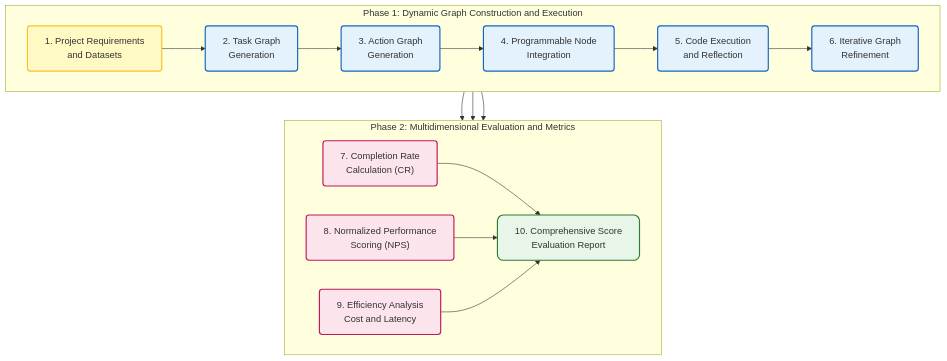
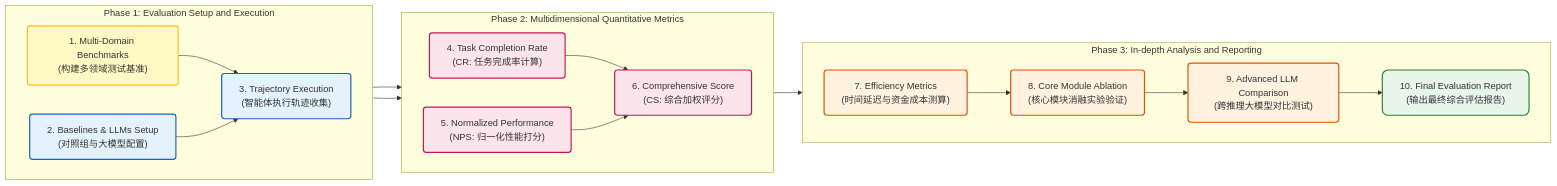
The fifth of 5 diagrams in Literature Review/medical background AI agent evaluation.md (hhtrocket/HHT-Benchmark-dataset), drawn with Mermaid before and after one commit.

Commit message:
Update medical background AI agent evaluation.md

````diff
--- a/Literature Review/medical background AI agent evaluation.md
+++ b/Literature Review/medical background AI agent evaluation.md
@@ -235,40 +235,42 @@
 ```mermaid
-graph TD
+graph LR
     classDef phase1 fill:#e3f2fd,stroke:#1565c0,stroke-width:2px,rx:5,ry:5;
     classDef phase2 fill:#fce4ec,stroke:#c2185b,stroke-width:2px,rx:5,ry:5;
+    classDef phase3 fill:#fff3e0,stroke:#e65100,stroke-width:2px,rx:5,ry:5;
     classDef input fill:#fff9c4,stroke:#fbc02d,stroke-width:2px,rx:5,ry:5;
     classDef report fill:#e8f5e9,stroke:#2e7d32,stroke-width:2px,rx:10,ry:10;
 
-    subgraph P1 [Phase 1: Dynamic Graph Construction and Execution]
+    subgraph P1 [Phase 1: Evaluation Setup and Execution]
         direction LR
-        N1["1. Project Requirements<br/>and Datasets"]:::input
-        N2["2. Task Graph<br/>Generation"]:::phase1
-        N3["3. Action Graph<br/>Generation"]:::phase1
-        N4["4. Programmable Node<br/>Integration"]:::phase1
-        N5["5. Code Execution<br/>and Reflection"]:::phase1
-        N6["6. Iterative Graph<br/>Refinement"]:::phase1
+        N1["1. Multi-Domain Benchmarks<br/>(构建多领域测试基准)"]:::input
+        N2["2. Baselines & LLMs Setup<br/>(对照组与大模型配置)"]:::phase1
+        N3["3. Trajectory Execution<br/>(智能体执行轨迹收集)"]:::phase1
         
-        N1 --> N2
+        N1 --> N3
         N2 --> N3
-        N3 --> N4
-        N4 --> N5
-        N5 --> N6
     end
 
-    subgraph P2 [Phase 2: Multidimensional Evaluation and Metrics]
+    subgraph P2 [Phase 2: Multidimensional Quantitative Metrics]
         direction LR
-        N7["7. Completion Rate<br/>Calculation (CR)"]:::phase2
-        N8["8. Normalized Performance<br/>Scoring (NPS)"]:::phase2
-        N9["9. Efficiency Analysis<br/>Cost and Latency"]:::phase2
-        N10["10. Comprehensive Score<br/>Evaluation Report"]:::report
+        N4["4. Task Completion Rate<br/>(CR: 任务完成率计算)"]:::phase2
+        N5["5. Normalized Performance<br/>(NPS: 归一化性能打分)"]:::phase2
+        N6["6. Comprehensive Score<br/>(CS: 综合加权评分)"]:::phase2
         
-        N7 --> N10
-        N8 --> N10
+        N3 --> N4
+        N3 --> N5
+        N4 & N5 --> N6
+    end
+
+    subgraph P3 [Phase 3: In-depth Analysis and Reporting]
+        direction LR
+        N7["7. Efficiency Metrics<br/>(时间延迟与资金成本测算)"]:::phase3
+        N8["8. Core Module Ablation<br/>(核心模块消融实验验证)"]:::phase3
+        N9["9. Advanced LLM Comparison<br/>(跨推理大模型对比测试)"]:::phase3
+        N10["10. Final Evaluation Report<br/>(输出最终综合评估报告)"]:::report
+        
+        N6 --> N7
+        N7 --> N8
+        N8 --> N9
         N9 --> N10
     end
-
-    %% Minimal Cross-Phase Connections
-    N6 --> N7
-    N6 --> N8
-    N6 --> N9
 ```
````
